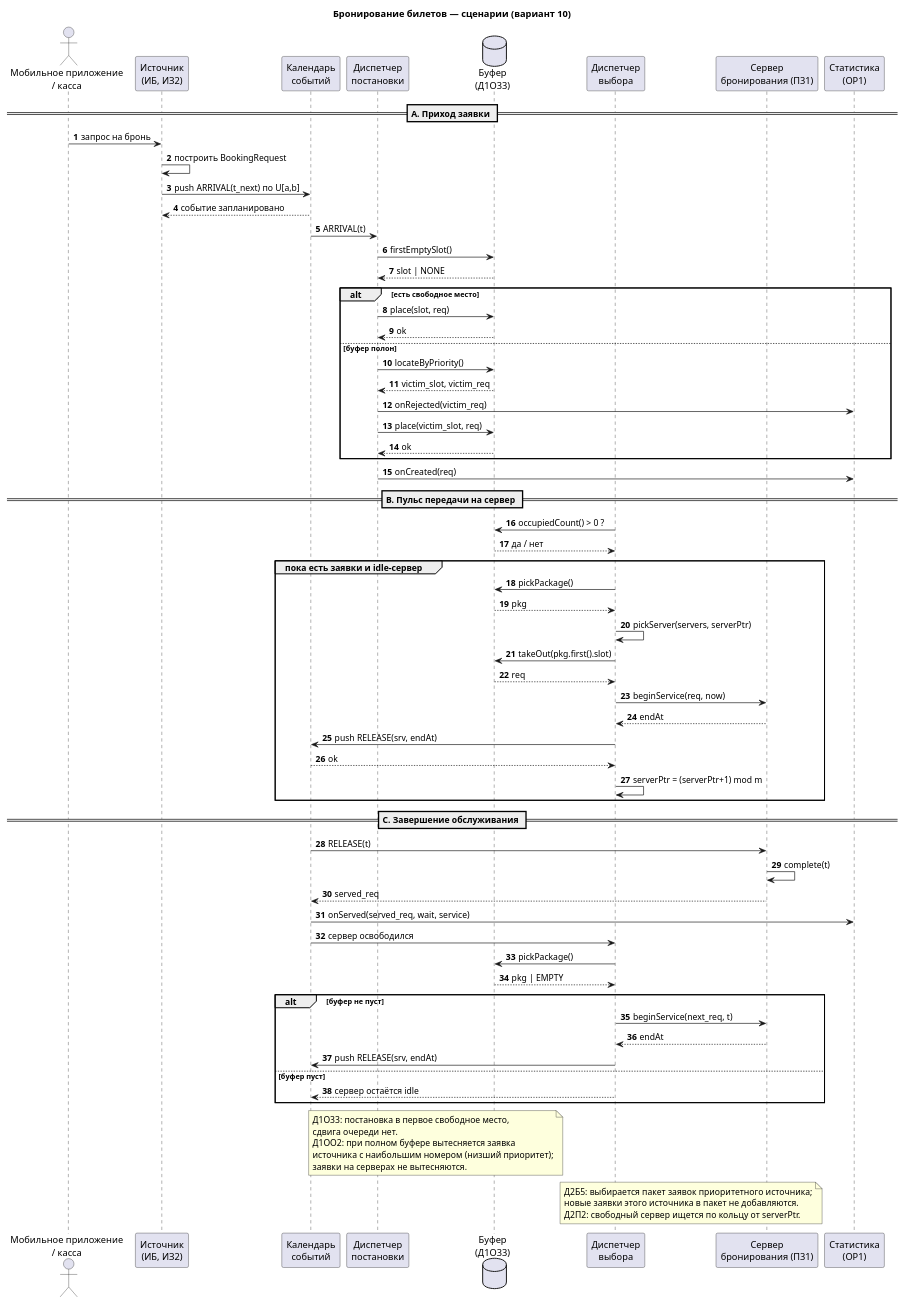
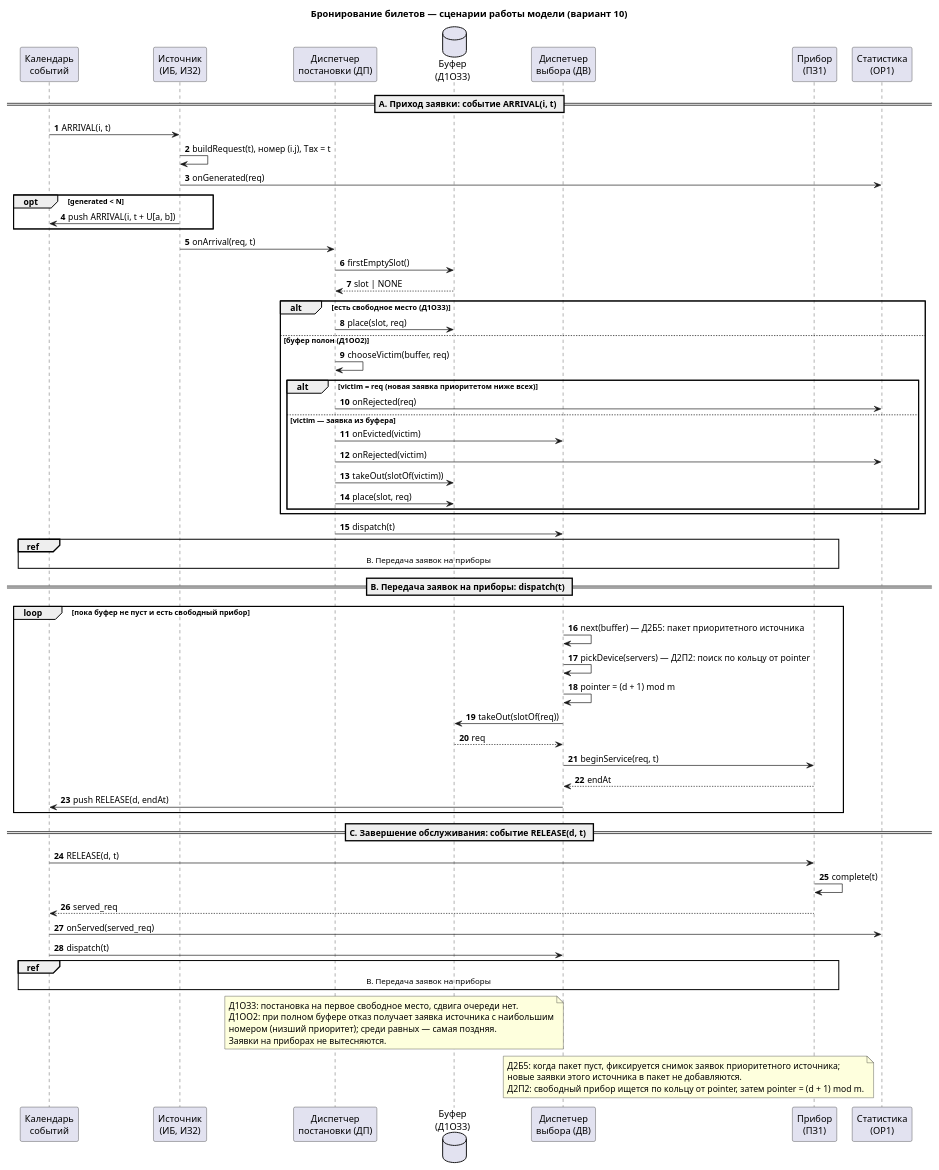
Before and after one commit to netw1te/aps: the diagram in sequence/sequence_booking_v10.puml, drawn with PlantUML.

```diff
--- a/sequence/sequence_booking_v10.puml
+++ b/sequence/sequence_booking_v10.puml
@@ -1,86 +1,79 @@
 @startuml sequence_booking_v10
-title Бронирование билетов — сценарии (вариант 10)
+title Бронирование билетов — сценарии работы модели (вариант 10)
 autonumber
 
-actor "Мобильное приложение\n/ касса" as Client
+participant "Календарь\nсобытий" as Cal
 participant "Источник\n(ИБ, ИЗ2)" as Src
-participant "Календарь\nсобытий" as Cal
-participant "Диспетчер\nпостановки" as Adm
-database "Буфер\n(Д1О33)" as Buf
-participant "Диспетчер\nвыбора" as Sel
-participant "Сервер\nбронирования (П31)" as Srv
+participant "Диспетчер\nпостановки (ДП)" as DP
+database "Буфер\n(Д1ОЗ3)" as Buf
+participant "Диспетчер\nвыбора (ДВ)" as DV
+participant "Прибор\n(ПЗ1)" as Dev
 participant "Статистика\n(ОР1)" as St
 
-== A. Приход заявки ==
+== A. Приход заявки: событие ARRIVAL(i, t) ==
 
-Client -> Src : запрос на бронь
-Src -> Src : построить BookingRequest
-Src -> Cal : push ARRIVAL(t_next) по U[a,b]
-Cal --> Src : событие запланировано
+Cal -> Src : ARRIVAL(i, t)
+Src -> Src : buildRequest(t), номер (i.j), Tвх = t
+Src -> St : onGenerated(req)
 
-Cal -> Adm : ARRIVAL(t)
-Adm -> Buf : firstEmptySlot()
-Buf --> Adm : slot | NONE
-
-alt есть свободное место
-  Adm -> Buf : place(slot, req)
-  Buf --> Adm : ok
-else буфер полон
-  Adm -> Buf : locateByPriority()
-  Buf --> Adm : victim_slot, victim_req
-  Adm -> St : onRejected(victim_req)
-  Adm -> Buf : place(victim_slot, req)
-  Buf --> Adm : ok
-end
-Adm -> St : onCreated(req)
-
-== B. Пульс передачи на сервер ==
-
-Sel -> Buf : occupiedCount() > 0 ?
-Buf --> Sel : да / нет
-
-group пока есть заявки и idle-сервер
-  Sel -> Buf : pickPackage()
-  Buf --> Sel : pkg
-  Sel -> Sel : pickServer(servers, serverPtr)
-  Sel -> Buf : takeOut(pkg.first().slot)
-  Buf --> Sel : req
-  Sel -> Srv : beginService(req, now)
-  Srv --> Sel : endAt
-  Sel -> Cal : push RELEASE(srv, endAt)
-  Cal --> Sel : ok
-  Sel -> Sel : serverPtr = (serverPtr+1) mod m
+opt generated < N
+  Src -> Cal : push ARRIVAL(i, t + U[a, b])
 end
 
-== C. Завершение обслуживания ==
+Src -> DP : onArrival(req, t)
+DP -> Buf : firstEmptySlot()
+Buf --> DP : slot | NONE
 
-Cal -> Srv : RELEASE(t)
-Srv -> Srv : complete(t)
-Srv --> Cal : served_req
-Cal -> St : onServed(served_req, wait, service)
-Cal -> Sel : сервер освободился
-Sel -> Buf : pickPackage()
-Buf --> Sel : pkg | EMPTY
-alt буфер не пуст
-  Sel -> Srv : beginService(next_req, t)
-  Srv --> Sel : endAt
-  Sel -> Cal : push RELEASE(srv, endAt)
-else буфер пуст
-  Sel --> Cal : сервер остаётся idle
+alt есть свободное место (Д1ОЗ3)
+  DP -> Buf : place(slot, req)
+else буфер полон (Д1ОО2)
+  DP -> DP : chooseVictim(buffer, req)
+  alt victim = req (новая заявка приоритетом ниже всех)
+    DP -> St : onRejected(req)
+  else victim — заявка из буфера
+    DP -> DV : onEvicted(victim)
+    DP -> St : onRejected(victim)
+    DP -> Buf : takeOut(slotOf(victim))
+    DP -> Buf : place(slot, req)
+  end
 end
 
-note over Adm, Buf
-Д1О33: постановка в первое свободное место,
-сдвига очереди нет.
-Д1ОО2: при полном буфере вытесняется заявка
-источника с наибольшим номером (низший приоритет);
-заявки на серверах не вытесняются.
+DP -> DV : dispatch(t)
+ref over DV, Buf, Dev, Cal : B. Передача заявок на приборы
+
+== B. Передача заявок на приборы: dispatch(t) ==
+
+loop пока буфер не пуст и есть свободный прибор
+  DV -> DV : next(buffer) — Д2Б5: пакет приоритетного источника
+  DV -> DV : pickDevice(servers) — Д2П2: поиск по кольцу от pointer
+  DV -> DV : pointer = (d + 1) mod m
+  DV -> Buf : takeOut(slotOf(req))
+  Buf --> DV : req
+  DV -> Dev : beginService(req, t)
+  Dev --> DV : endAt
+  DV -> Cal : push RELEASE(d, endAt)
+end
+
+== C. Завершение обслуживания: событие RELEASE(d, t) ==
+
+Cal -> Dev : RELEASE(d, t)
+Dev -> Dev : complete(t)
+Dev --> Cal : served_req
+Cal -> St : onServed(served_req)
+Cal -> DV : dispatch(t)
+ref over DV, Buf, Dev, Cal : B. Передача заявок на приборы
+
+note over DP, Buf
+Д1ОЗ3: постановка на первое свободное место, сдвига очереди нет.
+Д1ОО2: при полном буфере отказ получает заявка источника с наибольшим
+номером (низший приоритет); среди равных — самая поздняя.
+Заявки на приборах не вытесняются.
 end note
 
-note over Sel, Srv
-Д2Б5: выбирается пакет заявок приоритетного источника;
+note over DV, Dev
+Д2Б5: когда пакет пуст, фиксируется снимок заявок приоритетного источника;
 новые заявки этого источника в пакет не добавляются.
-Д2П2: свободный сервер ищется по кольцу от serverPtr.
+Д2П2: свободный прибор ищется по кольцу от pointer, затем pointer = (d + 1) mod m.
 end note
 
 @enduml
```
